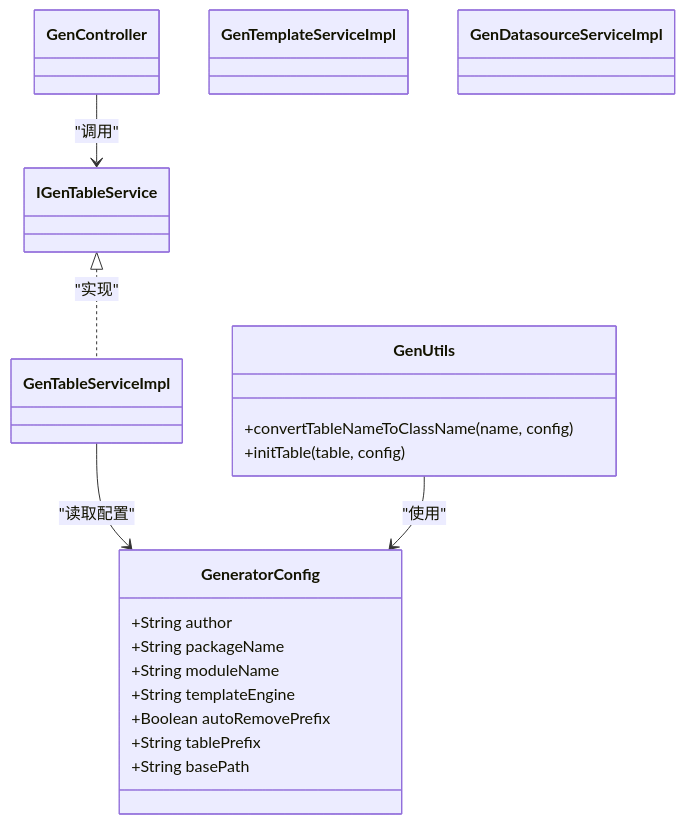
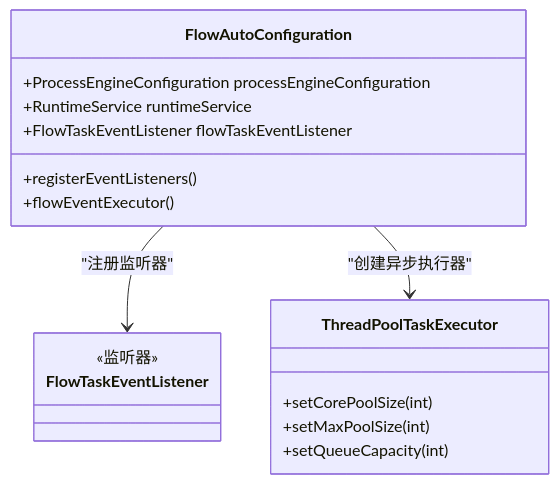
The third of 4 diagrams in .qoder/repowiki/zh/content/开发指南/扩展开发/插件开发/插件开发.md (yaomindong1996/forge-admin), drawn with Mermaid before and after one commit. The commit also changed other lines of this file and 76 other files, not shown here.

````diff
--- a/.qoder/repowiki/zh/content/开发指南/扩展开发/插件开发/插件开发.md
+++ b/.qoder/repowiki/zh/content/开发指南/扩展开发/插件开发/插件开发.md
@@ -160,25 +124,20 @@
 ```mermaid
 classDiagram
-class GeneratorConfig {
-+String author
-+String packageName
-+String moduleName
-+String templateEngine
-+Boolean autoRemovePrefix
-+String tablePrefix
-+String basePath
+class FlowAutoConfiguration {
++ProcessEngineConfiguration processEngineConfiguration
++RuntimeService runtimeService
++FlowTaskEventListener flowTaskEventListener
++registerEventListeners()
++flowEventExecutor()
 }
-class GenUtils {
-+convertTableNameToClassName(name, config)
-+initTable(table, config)
+class FlowTaskEventListener {
+<<监听器>>
 }
-class GenController
-class IGenTableService
-class GenTableServiceImpl
-class GenTemplateServiceImpl
-class GenDatasourceServiceImpl
-GenController --> IGenTableService : "调用"
-IGenTableService <|.. GenTableServiceImpl : "实现"
-GenTableServiceImpl --> GeneratorConfig : "读取配置"
-GenUtils --> GeneratorConfig : "使用"
+class ThreadPoolTaskExecutor {
++setCorePoolSize(int)
++setMaxPoolSize(int)
++setQueueCapacity(int)
+}
+FlowAutoConfiguration --> FlowTaskEventListener : "注册监听器"
+FlowAutoConfiguration --> ThreadPoolTaskExecutor : "创建异步执行器"
 ```
````
